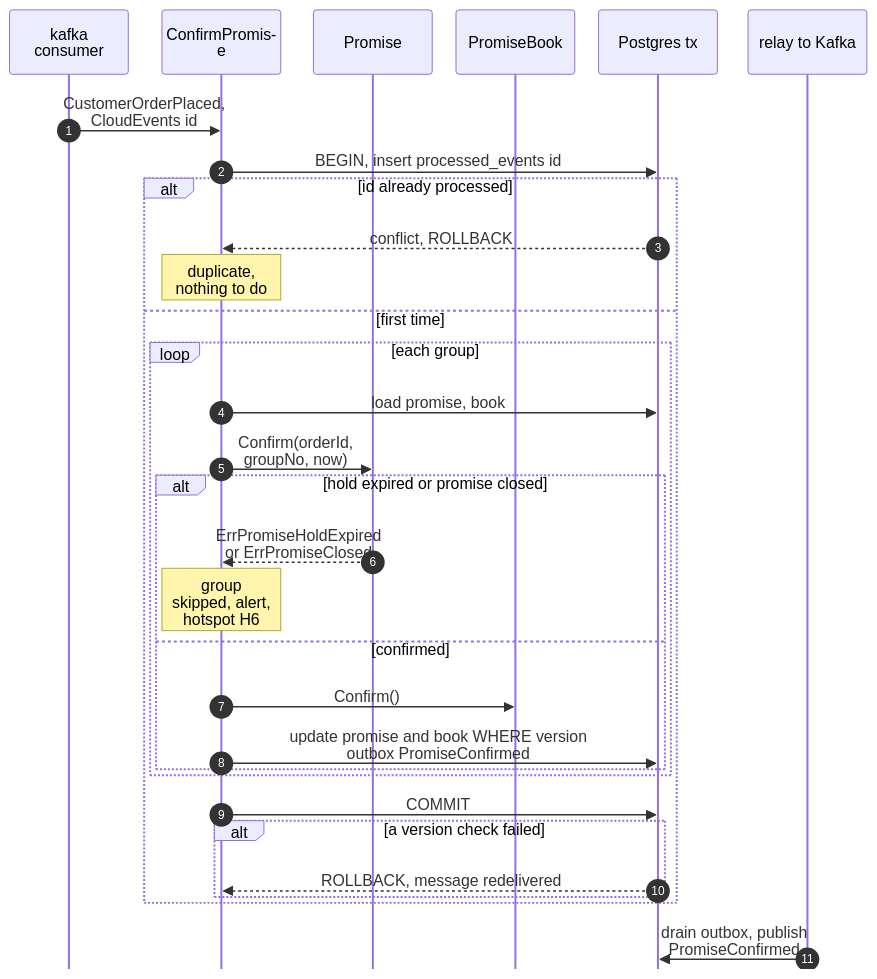
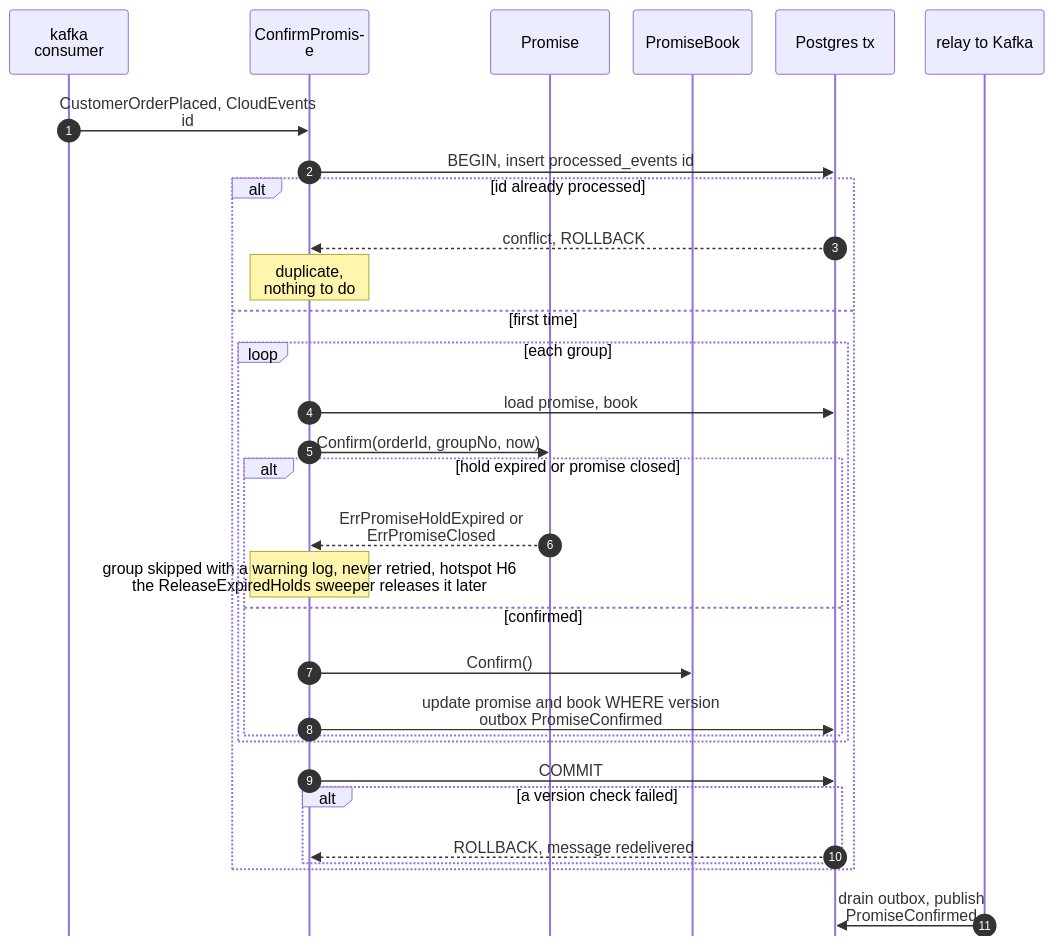
Before and after one commit to IQVO/warehouse-docs: the fourth of 11 diagrams in network/docs/contexts/delivery-promise/sequence-diagrams.md, drawn with Mermaid. The commit also changed other lines of this file and 5 other files, not shown here.

````diff
--- a/network/docs/contexts/delivery-promise/sequence-diagrams.md
+++ b/network/docs/contexts/delivery-promise/sequence-diagrams.md
@@ -164,34 +164,34 @@
 ```mermaid
 %%{init: {"sequence": {"wrap": true, "width": 120, "actorMargin": 24, "messageMargin": 28, "boxMargin": 6, "noteMargin": 6, "mirrorActors": false}}}%%
 sequenceDiagram
     autonumber
     participant KC as kafka consumer
     participant UC as ConfirmPromise
     participant P as Promise
     participant B as PromiseBook
     participant DB as Postgres tx
     participant RL as relay to Kafka
     KC->>UC: CustomerOrderPlaced, CloudEvents id
     UC->>DB: BEGIN, insert processed_events id
     alt id already processed
         DB-->>UC: conflict, ROLLBACK
         Note over UC: duplicate, nothing to do
     else first time
         loop each group
             UC->>DB: load promise, book
             UC->>P: Confirm(orderId, groupNo, now)
             alt hold expired or promise closed
                 P-->>UC: ErrPromiseHoldExpired or ErrPromiseClosed
-                Note over UC: group skipped, alert, hotspot H6
+                Note over UC: group skipped with a warning log, never retried, hotspot H6<br/>the ReleaseExpiredHolds sweeper releases it later
             else confirmed
                 UC->>B: Confirm()
                 UC->>DB: update promise and book WHERE version<br/>outbox PromiseConfirmed
             end
         end
         UC->>DB: COMMIT
         alt a version check failed
             DB-->>UC: ROLLBACK, message redelivered
         end
     end
     RL->>DB: drain outbox, publish PromiseConfirmed
 ```
````
